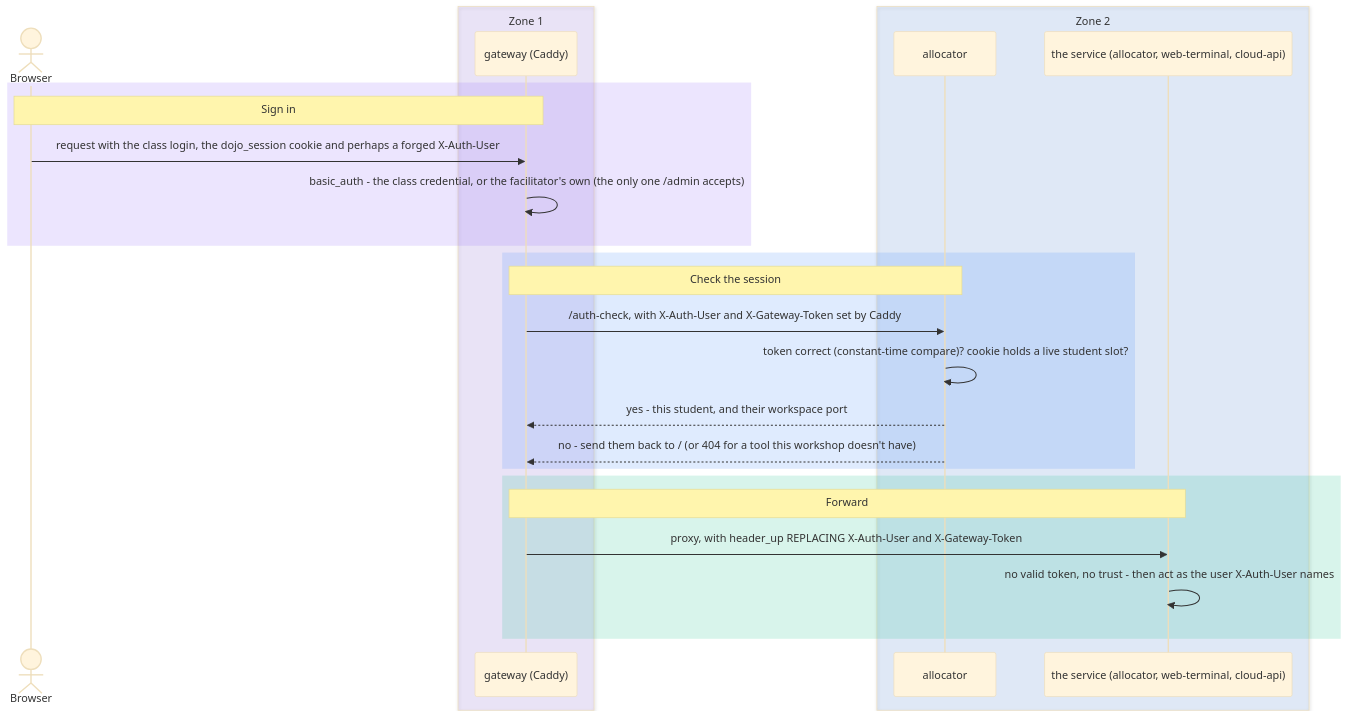
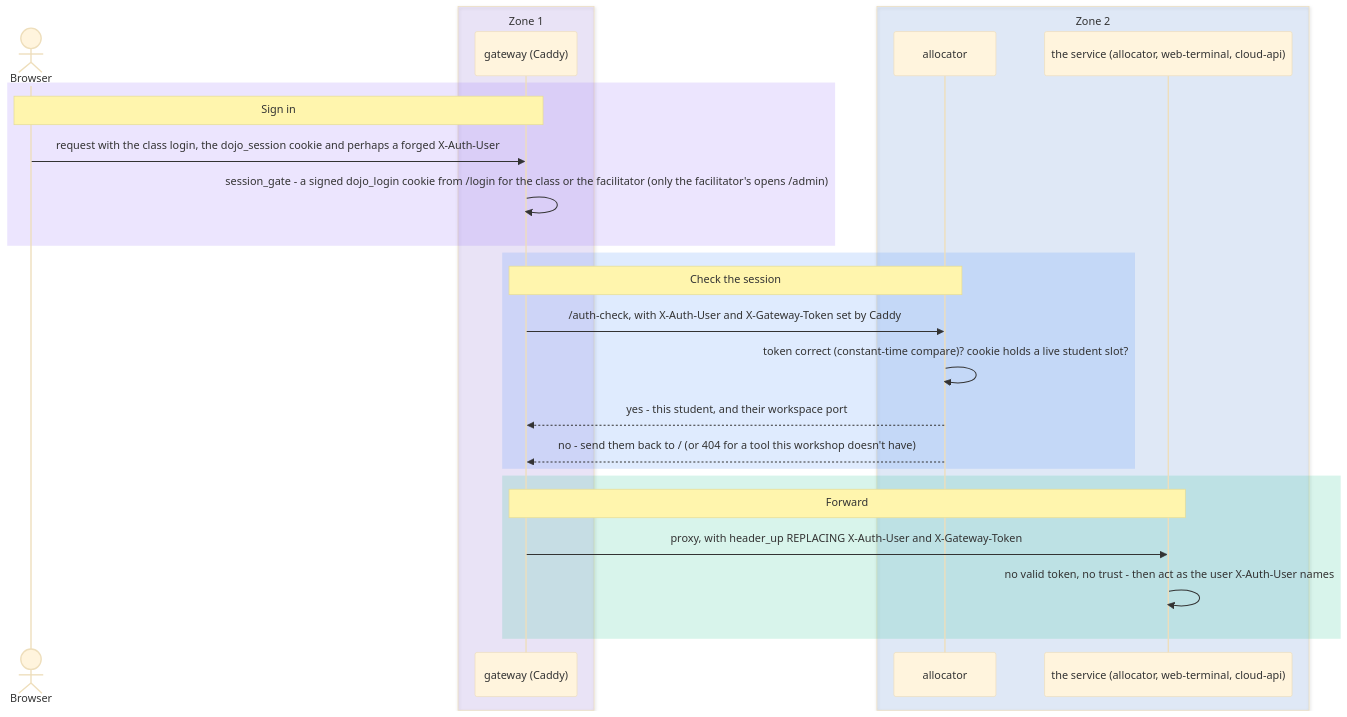
Diagram 14 of 15 in README.md (fiddler110/GitOps_Dojo), drawn with Mermaid (base theme) before and after one commit. The commit also changed other lines of this file and 25 other files, not shown here.

First line of the commit message:
Front door: a styled /login page replaces the browser Basic Auth popup

````diff
--- a/README.md
+++ b/README.md
@@ -914,31 +914,31 @@
 ```mermaid
 sequenceDiagram
     actor B as Browser
     box rgba(139,92,246,0.12) Zone 1
     participant GW as gateway (Caddy)
     end
     box rgba(59,130,246,0.12) Zone 2
     participant AL as allocator
     participant UP as the service (allocator, web-terminal, cloud-api)
     end
 
     rect rgba(139,92,246,0.16)
     Note over B,GW: Sign in
     B->>GW: request with the class login, the dojo_session cookie and perhaps a forged X-Auth-User
-    GW->>GW: basic_auth - the class credential, or the facilitator's own (the only one /admin accepts)
+    GW->>GW: session_gate - a signed dojo_login cookie from /login for the class or the facilitator (only the facilitator's opens /admin)
     end
 
     rect rgba(59,130,246,0.16)
     Note over GW,AL: Check the session
     GW->>AL: /auth-check, with X-Auth-User and X-Gateway-Token set by Caddy
     AL->>AL: token correct (constant-time compare)? cookie holds a live student slot?
     AL-->>GW: yes - this student, and their workspace port
     AL-->>GW: no - send them back to / (or 404 for a tool this workshop doesn't have)
     end
 
     rect rgba(16,185,129,0.16)
     Note over GW,UP: Forward
     GW->>UP: proxy, with header_up REPLACING X-Auth-User and X-Gateway-Token
     UP->>UP: no valid token, no trust - then act as the user X-Auth-User names
     end
 ```
````
